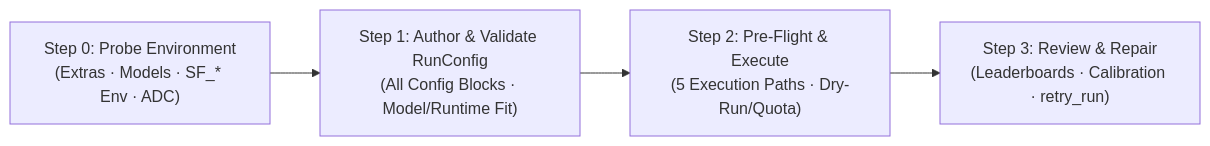
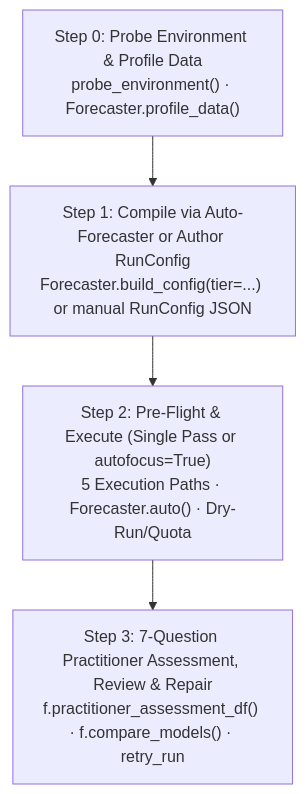
One commit to statmike/scale-forecasting changed the diagram in skills/scale-forecasting/SKILL.md. Above: the diagram before and after it, drawn with Mermaid. The commit also changed other lines of this file and 45 other files, not shown here.

Commit message:
feat(auto,sdk,mcp,docs): add Glass-Box Auto-Forecaster, multi-branch autofocus, 18 DGPs & 7-Question Practitioner Assessment

````diff
--- a/skills/scale-forecasting/SKILL.md
+++ b/skills/scale-forecasting/SKILL.md
@@ -30,6 +30,6 @@
 ```mermaid
-flowchart LR
-    S0["Step 0: Probe Environment<br/>(Extras · Models · SF_* Env · ADC)"] --> S1["Step 1: Author & Validate RunConfig<br/>(All Config Blocks · Model/Runtime Fit)"]
-    S1 --> S2["Step 2: Pre-Flight & Execute<br/>(5 Execution Paths · Dry-Run/Quota)"]
-    S2 --> S3["Step 3: Review & Repair<br/>(Leaderboards · Calibration · retry_run)"]
+flowchart TD
+    S0["Step 0: Probe Environment & Profile Data<br/>probe_environment() · Forecaster.profile_data()"] --> S1["Step 1: Compile via Auto-Forecaster or Author RunConfig<br/>Forecaster.build_config(tier=...) or manual RunConfig JSON"]
+    S1 --> S2["Step 2: Pre-Flight & Execute (Single Pass or autofocus=True)<br/>5 Execution Paths · Forecaster.auto() · Dry-Run/Quota"]
+    S2 --> S3["Step 3: 7-Question Practitioner Assessment, Review & Repair<br/>f.practitioner_assessment_df() · f.compare_models() · retry_run"]
 ```
````
